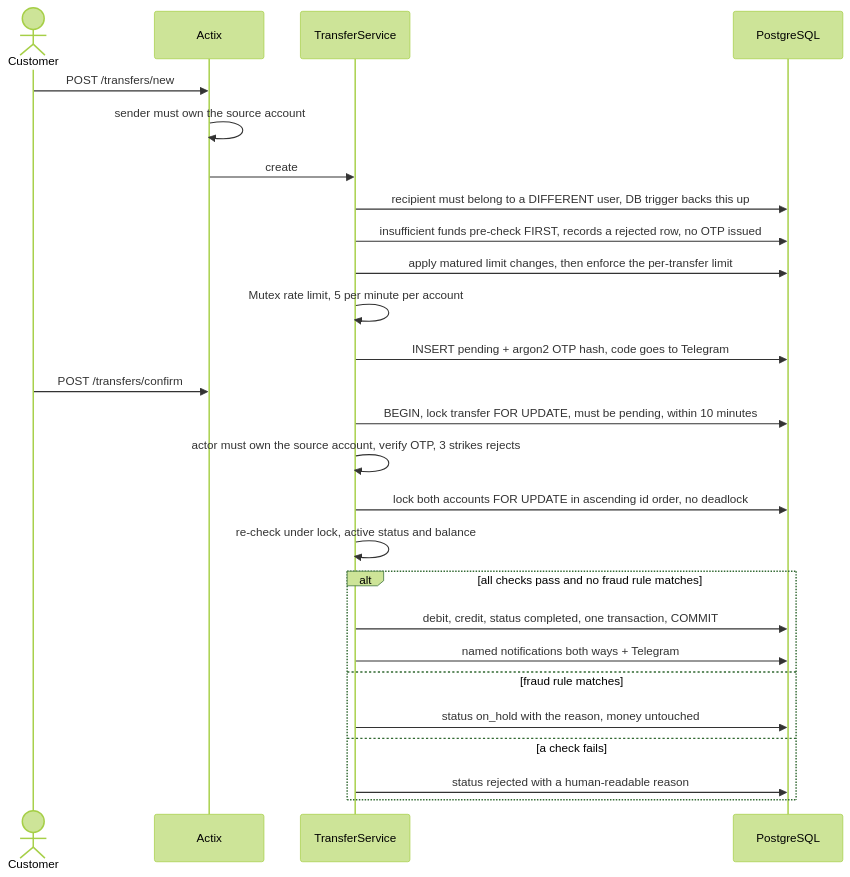
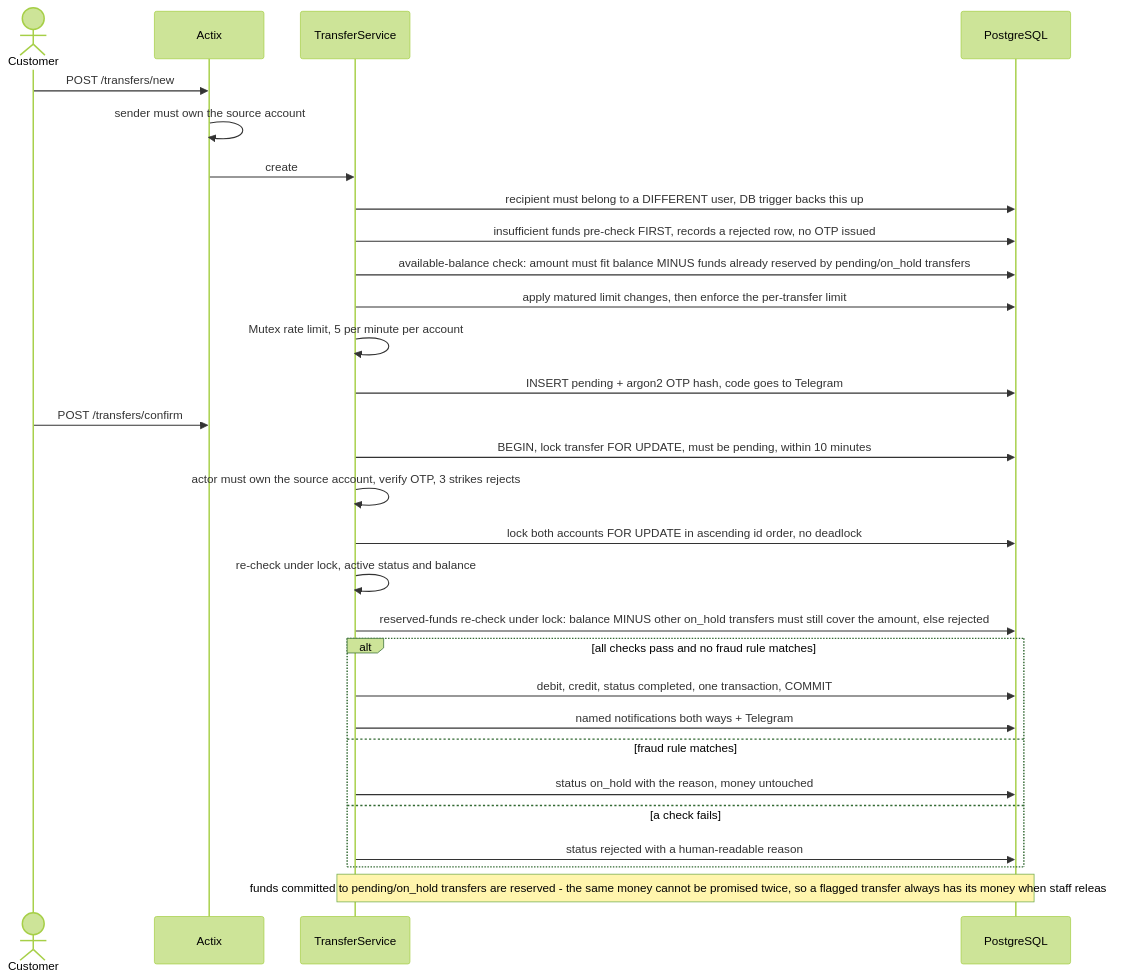
One commit to cthyuiii/FerroBank changed the fourth of 14 diagrams in docs/FLOWS.md. Above: the diagram before and after it, drawn with Mermaid (forest theme). The commit also changed 12 other files, not shown here.

Commit message:
Added powerpoint, fixed transfer pending approval balance not on hold bug, updated flows.

````diff
--- a/docs/FLOWS.md
+++ b/docs/FLOWS.md
@@ -101,29 +101,32 @@
 ```mermaid
 sequenceDiagram
     actor U as Customer
     participant A as Actix
     participant S as TransferService
     participant P as PostgreSQL
 
     U->>A: POST /transfers/new
     A->>A: sender must own the source account
     A->>S: create
     S->>P: recipient must belong to a DIFFERENT user, DB trigger backs this up
     S->>P: insufficient funds pre-check FIRST, records a rejected row, no OTP issued
+    S->>P: available-balance check: amount must fit balance MINUS funds already reserved by pending/on_hold transfers
     S->>P: apply matured limit changes, then enforce the per-transfer limit
     S->>S: Mutex rate limit, 5 per minute per account
     S->>P: INSERT pending + argon2 OTP hash, code goes to Telegram
     U->>A: POST /transfers/confirm
     S->>P: BEGIN, lock transfer FOR UPDATE, must be pending, within 10 minutes
     S->>S: actor must own the source account, verify OTP, 3 strikes rejects
     S->>P: lock both accounts FOR UPDATE in ascending id order, no deadlock
     S->>S: re-check under lock, active status and balance
+    S->>P: reserved-funds re-check under lock: balance MINUS other on_hold transfers must still cover the amount, else rejected
     alt all checks pass and no fraud rule matches
         S->>P: debit, credit, status completed, one transaction, COMMIT
         S->>P: named notifications both ways + Telegram
     else fraud rule matches
         S->>P: status on_hold with the reason, money untouched
     else a check fails
         S->>P: status rejected with a human-readable reason
     end
+    Note over S,P: funds committed to pending/on_hold transfers are reserved - the same money cannot be promised twice, so a flagged transfer always has its money when staff release it
 ```
````
